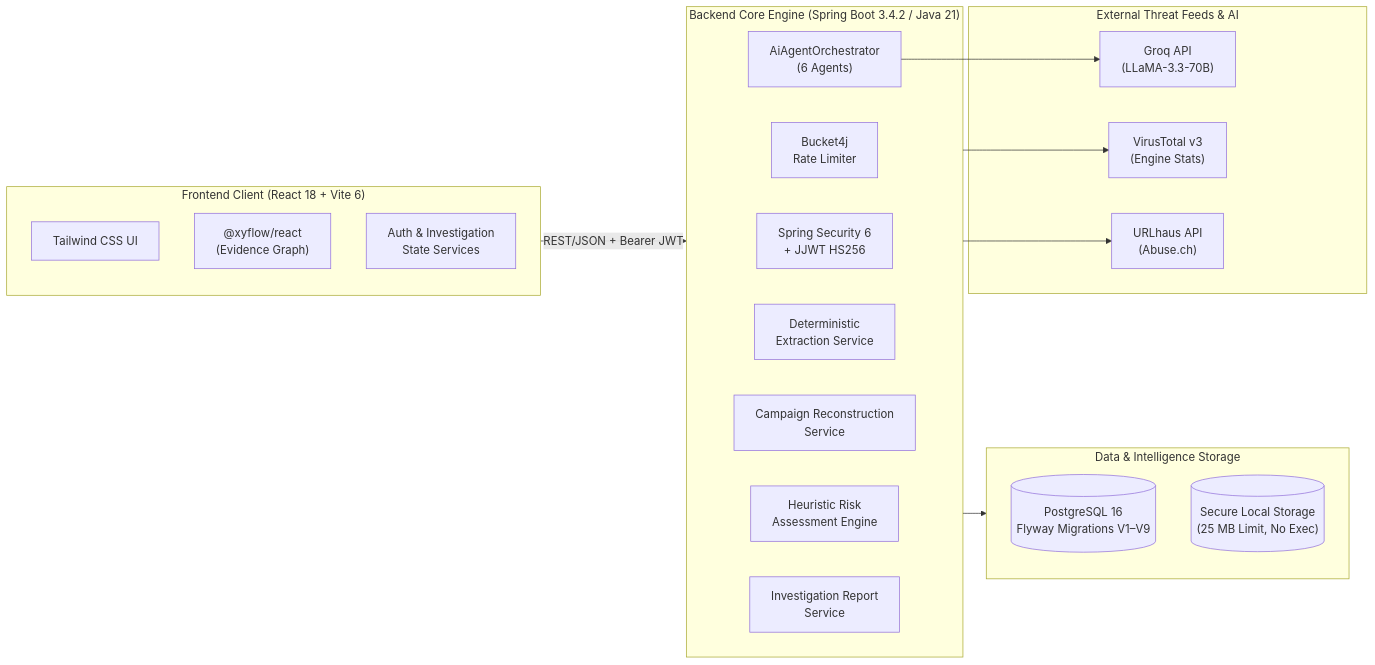
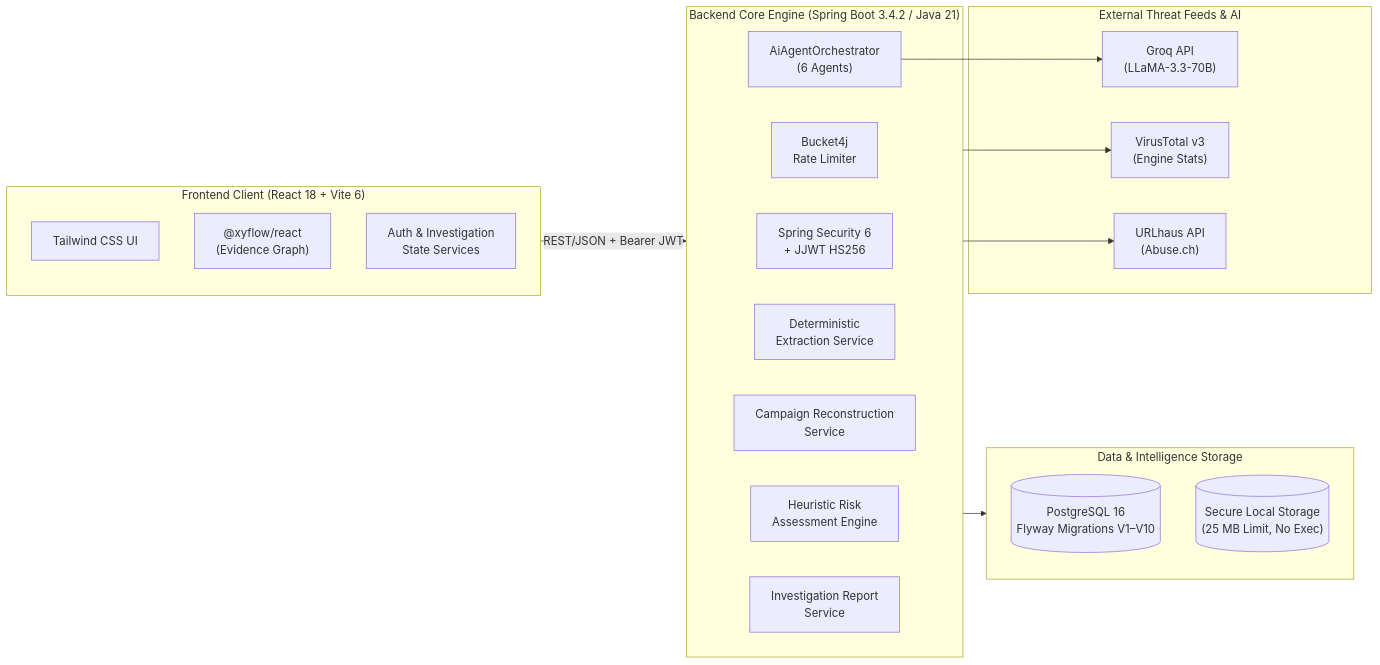
One commit to samir-0-4/ScamShield changed the third of 3 diagrams in README.md. Above: the diagram before and after it, drawn with Mermaid. The commit also changed other lines of this file and 18 other files, not shown here.

````diff
--- a/README.md
+++ b/README.md
@@ -167,35 +172,35 @@
 ```mermaid
 flowchart LR
     subgraph Client["Frontend Client (React 18 + Vite 6)"]
         UI["Tailwind CSS UI"]
         FLOW["@xyflow/react\n(Evidence Graph)"]
         STORE["Auth & Investigation\nState Services"]
     end
 
     subgraph Server["Backend Core Engine (Spring Boot 3.4.2 / Java 21)"]
         AUTH["Spring Security 6\n+ JJWT HS256"]
         RATE["Bucket4j\nRate Limiter"]
         ORCH["AiAgentOrchestrator\n(6 Agents)"]
         EXTRACT["Deterministic\nExtraction Service"]
         CORR["Campaign Reconstruction\nService"]
         RISK["Heuristic Risk\nAssessment Engine"]
         REPORT["Investigation Report\nService"]
     end
 
     subgraph Data["Data & Intelligence Storage"]
-        PG[("PostgreSQL 16\nFlyway Migrations V1–V9")]
+        PG[("PostgreSQL 16\nFlyway Migrations V1–V10")]
         FS[("Secure Local Storage\n(25 MB Limit, No Exec)")]
     end
 
     subgraph External["External Threat Feeds & AI"]
         GROQ["Groq API\n(LLaMA-3.3-70B)"]
         VT["VirusTotal v3\n(Engine Stats)"]
         UH["URLhaus API\n(Abuse.ch)"]
     end
 
     Client -->|"REST/JSON + Bearer JWT"| Server
     Server --> Data
     ORCH --> GROQ
     Server --> VT
     Server --> UH
 ```
````
